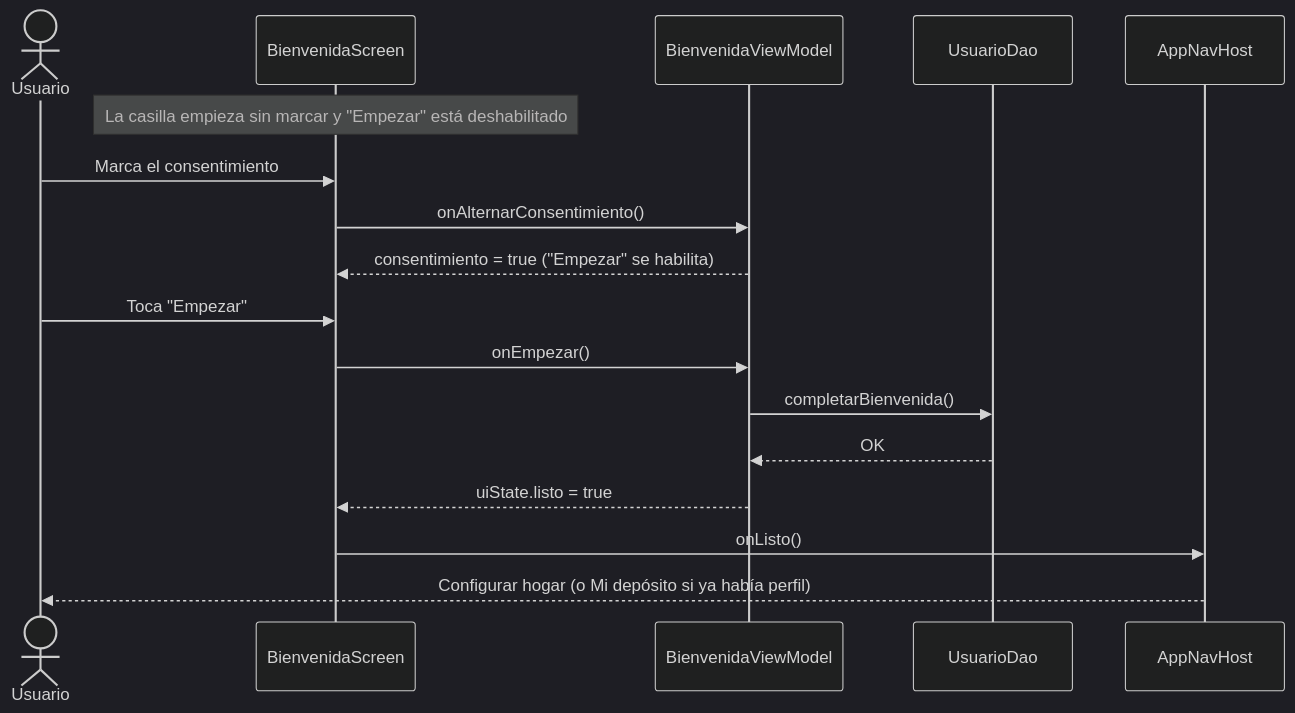
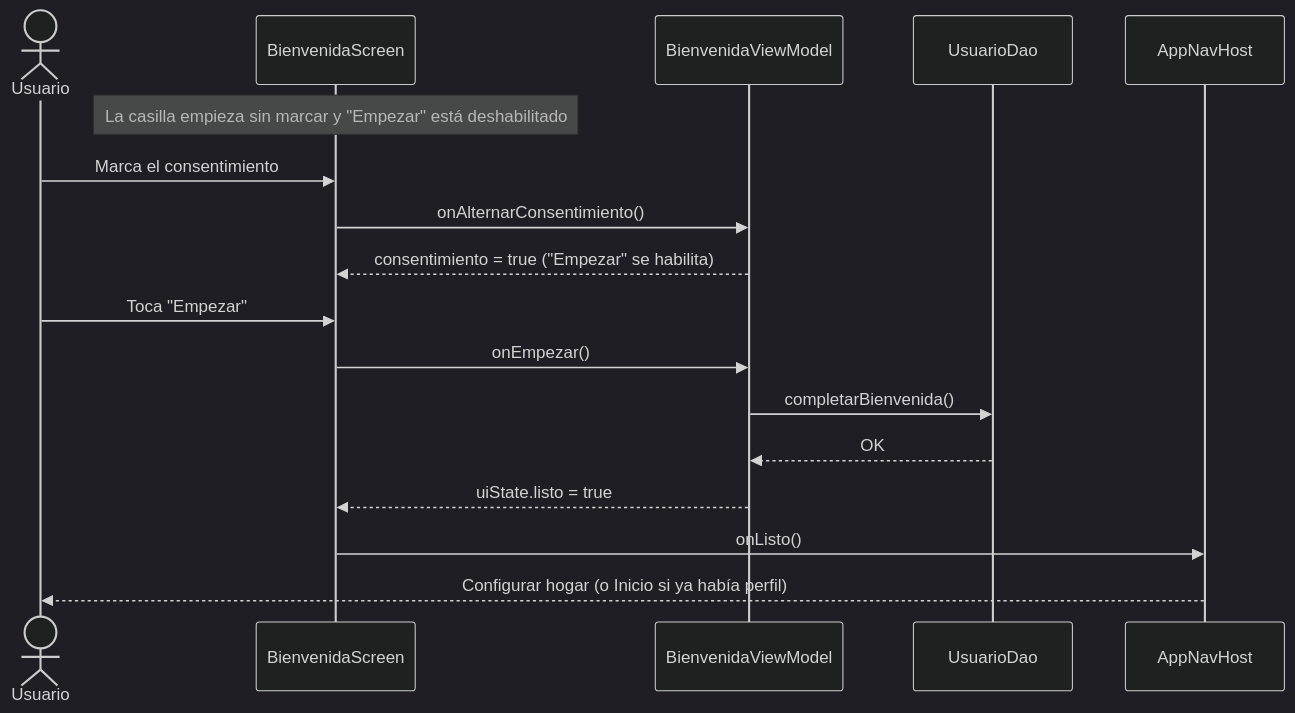
One commit to Cristhian465/Aguarda changed the fifth of 22 diagrams in informes/FD04-SAD.md. Above: the diagram before and after it, drawn with Mermaid (dark theme). The commit also changed other lines of this file and 33 other files, not shown here.

````diff
--- a/informes/FD04-SAD.md
+++ b/informes/FD04-SAD.md
@@ -254,19 +254,19 @@
 ```mermaid
 sequenceDiagram
     actor U as Usuario
     participant S as BienvenidaScreen
     participant VM as BienvenidaViewModel
     participant DAO as UsuarioDao
     participant NAV as AppNavHost
     Note over S: La casilla empieza sin marcar y "Empezar" está deshabilitado
     U->>S: Marca el consentimiento
     S->>VM: onAlternarConsentimiento()
     VM-->>S: consentimiento = true ("Empezar" se habilita)
     U->>S: Toca "Empezar"
     S->>VM: onEmpezar()
     VM->>DAO: completarBienvenida()
     DAO-->>VM: OK
     VM-->>S: uiState.listo = true
     S->>NAV: onListo()
-    NAV-->>U: Configurar hogar (o Mi depósito si ya había perfil)
+    NAV-->>U: Configurar hogar (o Inicio si ya había perfil)
 ```
````
